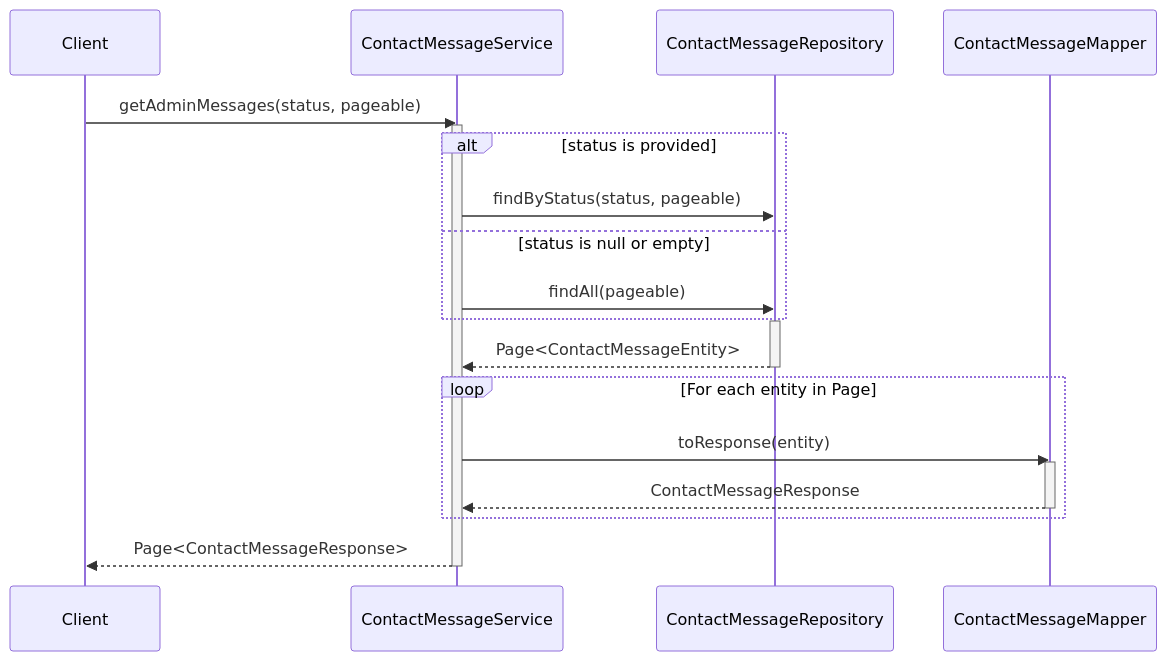
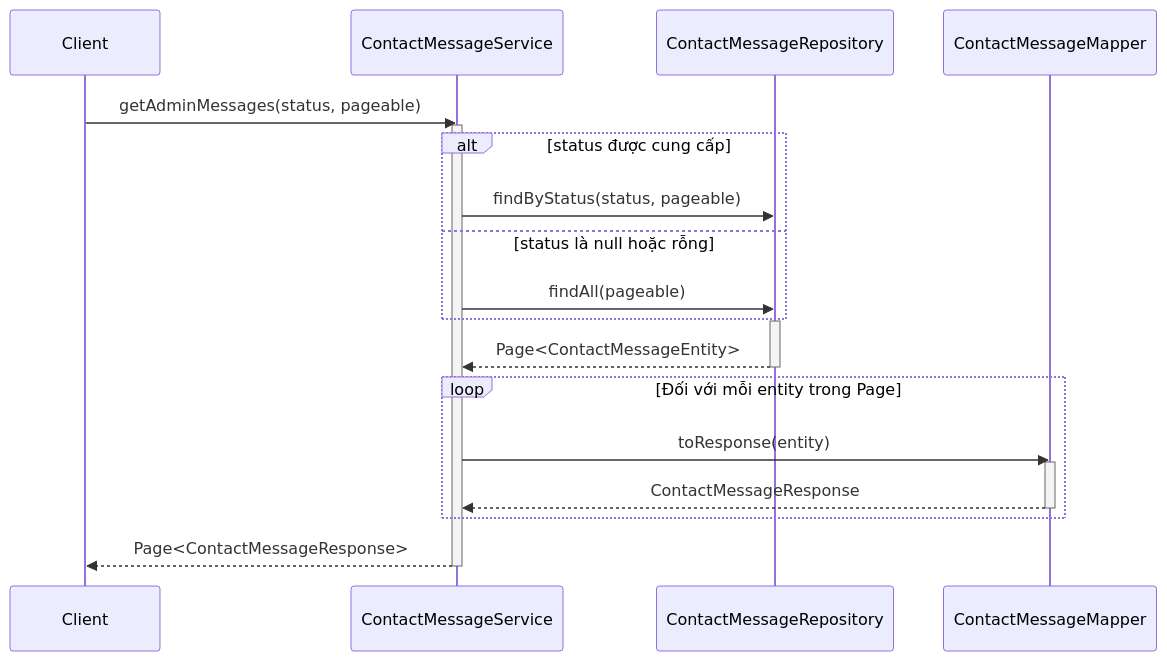
The third of 4 diagrams in .agent/sequence/contact_message_service_sequence_diagrams.md (aquoc09/easymall), drawn with Mermaid before and after one commit. The commit also changed other lines of this file and 18 other files, not shown here.

Commit message:
UPDATE: Sequence diagram vietnamese

````diff
--- a/.agent/sequence/contact_message_service_sequence_diagrams.md
+++ b/.agent/sequence/contact_message_service_sequence_diagrams.md
@@ -81,30 +81,30 @@
 ```mermaid
 sequenceDiagram
     participant Client
     participant ContactMessageService
     participant ContactMessageRepository
     participant ContactMessageMapper
 
     Client->>ContactMessageService: getAdminMessages(status, pageable)
     activate ContactMessageService
 
-    alt status is provided
+    alt status được cung cấp
         ContactMessageService->>ContactMessageRepository: findByStatus(status, pageable)
-    else status is null or empty
+    else status là null hoặc rỗng
         ContactMessageService->>ContactMessageRepository: findAll(pageable)
     end
     
     activate ContactMessageRepository
     ContactMessageRepository-->>ContactMessageService: Page<ContactMessageEntity>
     deactivate ContactMessageRepository
 
-    loop For each entity in Page
+    loop Đối với mỗi entity trong Page
         ContactMessageService->>ContactMessageMapper: toResponse(entity)
         activate ContactMessageMapper
         ContactMessageMapper-->>ContactMessageService: ContactMessageResponse
         deactivate ContactMessageMapper
     end
 
     ContactMessageService-->>Client: Page<ContactMessageResponse>
     deactivate ContactMessageService
 ```
````
